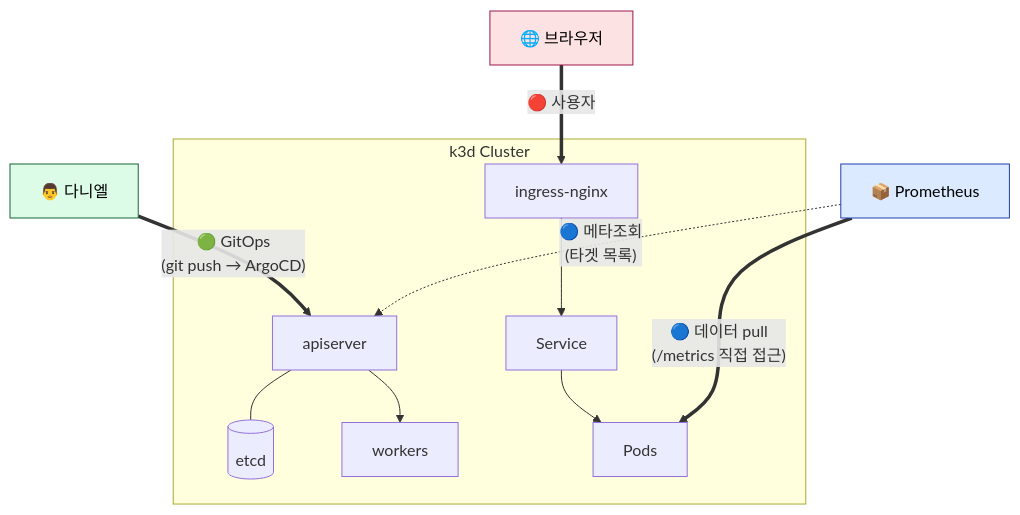
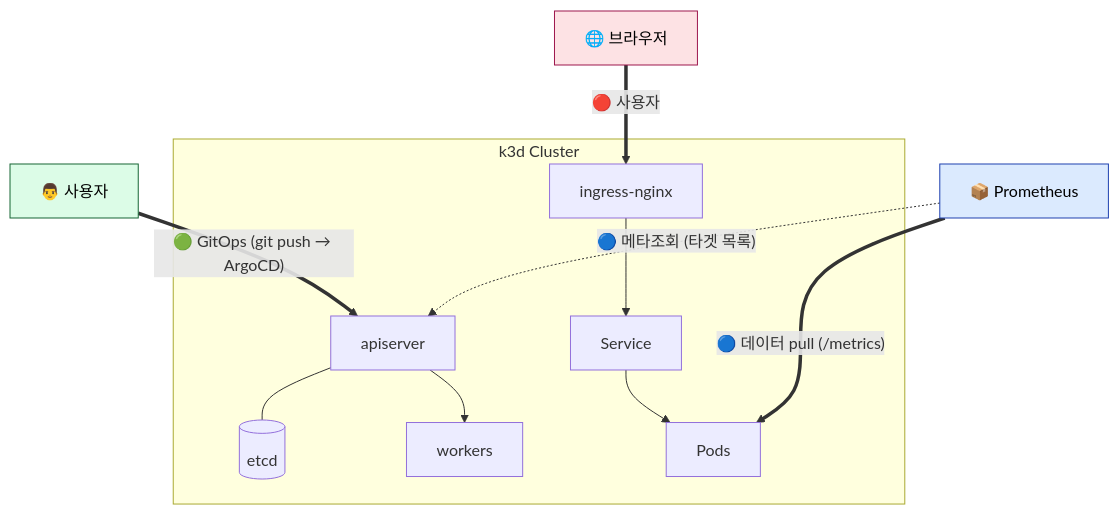
One commit to currenjin/currenjin.github.io changed diagram 13 of 13 in _wiki/homelab.md. Above: the diagram before and after it, drawn with Mermaid. The commit also changed other lines of this file, not shown here.

````diff
--- a/_wiki/homelab.md
+++ b/_wiki/homelab.md
@@ -764,31 +519,31 @@
 ```mermaid
 flowchart TB
-  Daniel["👨 다니엘"]
+  Daniel["👨 사용자"]
   Browser["🌐 브라우저"]
   Prom["📦 Prometheus"]
 
   subgraph K8s["k3d Cluster"]
     API["apiserver"]
     ETCD[("etcd")]
     Workers["workers"]
     Ing["ingress-nginx"]
     Svc["Service"]
     Pods["Pods"]
 
     API --- ETCD
     API --> Workers
     Ing --> Svc --> Pods
   end
 
-  Daniel == "🟢 GitOps<br/>(git push → ArgoCD)" ==> API
+  Daniel == "🟢 GitOps (git push → ArgoCD)" ==> API
   Browser ==> |🔴 사용자| Ing
-  Prom -. "🔵 메타조회<br/>(타겟 목록)" .-> API
-  Prom == "🔵 데이터 pull<br/>(/metrics 직접 접근)" ==> Pods
+  Prom -. "🔵 메타조회 (타겟 목록)" .-> API
+  Prom == "🔵 데이터 pull (/metrics)" ==> Pods
 
   classDef green fill:#dcfce7,stroke:#166534,color:#000
   classDef red fill:#fde2e4,stroke:#9d174d,color:#000
   classDef blue fill:#dbeafe,stroke:#1e40af,color:#000
   class Daniel green
   class Browser red
   class Prom blue
 ```
````
